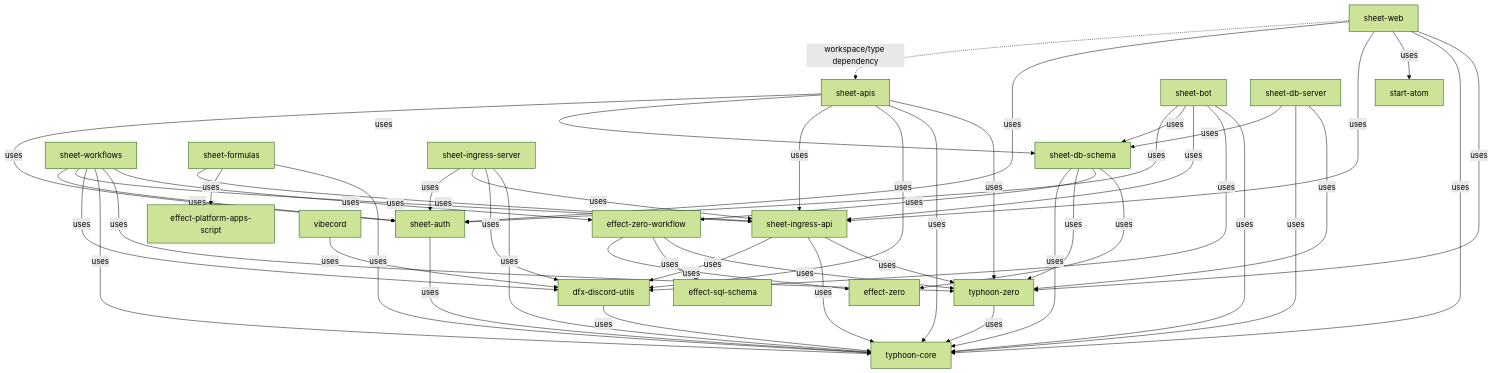
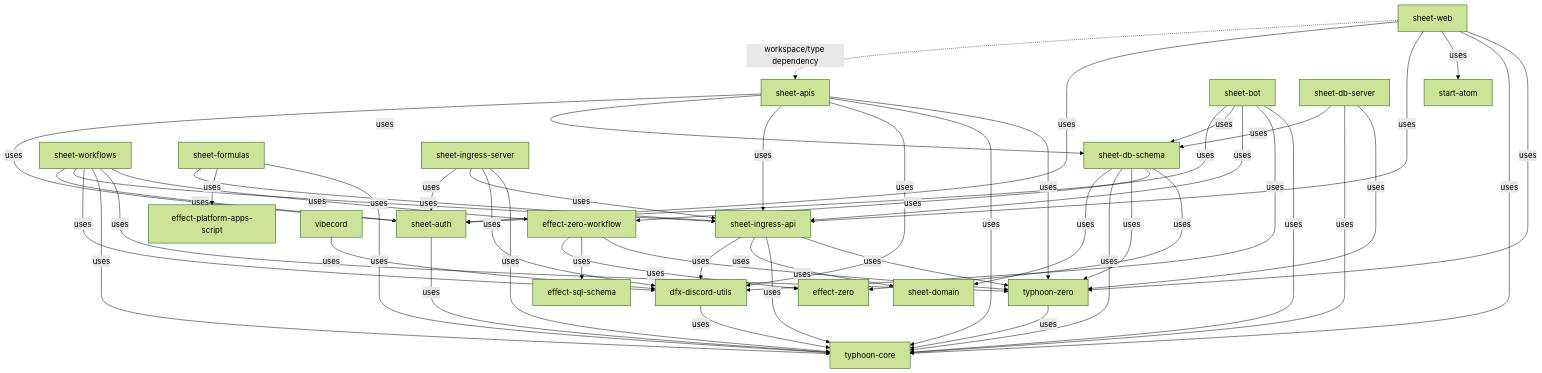
One commit to tiara-stack/tiara-stack changed the third of 3 diagrams in README.md. Above: the diagram before and after it, drawn with Mermaid (forest theme). The commit also changed other lines of this file and 24 other files, not shown here.

First line of the commit message:
refactor(sheet-domain): rename shared domain package (#664)

````diff
--- a/README.md
+++ b/README.md
@@ -418,64 +420,66 @@
 ```mermaid
 graph TD
     %% sheet-web runtime HTTP calls go through sheet-ingress-server;
     %% sheet-apis remains a direct workspace dependency for shared API types.
     Web[sheet-web] -.->|workspace/type dependency| APIs[sheet-apis]
     Web -->|uses| Auth[sheet-auth]
     Web -->|uses| IngressAPI[sheet-ingress-api]
     Web -->|uses| Atom[start-atom]
     Web -->|uses| Core[typhoon-core]
     Web -->|uses| Zero[typhoon-zero]
 
     APIs -->|uses| Auth
     APIs -->|uses| Schema[sheet-db-schema]
     APIs -->|uses| IngressAPI
     APIs -->|uses| DFX[dfx-discord-utils]
     APIs -->|uses| Core
     APIs -->|uses| Zero
 
     Workflows[sheet-workflows] -->|uses| Auth
     Workflows -->|uses| IngressAPI
     Workflows -->|uses| DFX
     Workflows -->|uses| Core
     Workflows -->|uses| Zero
     Workflows -->|uses| ZeroWorkflow[effect-zero-workflow]
 
     Bot[sheet-bot] -->|uses| Auth
     Bot -->|uses| Schema
     Bot -->|uses| IngressAPI
     Bot -->|uses| DFX
     Bot -->|uses| Core
 
     Auth -->|uses| Core
 
     Formulas[sheet-formulas] -->|uses| IngressAPI
     Formulas -->|uses| GAS[effect-platform-apps-script]
     Formulas -->|uses| Core
 
     IngressServer[sheet-ingress-server] -->|uses| Auth
     IngressServer -->|uses| IngressAPI
     IngressServer -->|uses| DFX
     IngressServer -->|uses| Core
 
     IngressAPI -->|uses| DFX
+    IngressAPI -->|uses| Domain[sheet-domain]
     IngressAPI -->|uses| Core
     IngressAPI -->|uses| Zero
 
     DB[sheet-db-server] -->|uses| Schema
     DB -->|uses| Core
     DB -->|uses| Zero
 
+    Schema -->|uses| Domain
     Schema -->|uses| Core
     Schema -->|uses| Zero
     Schema -->|uses| ZeroWorkflow
     Schema -->|uses| EffectZero
 
     ZeroWorkflow -->|uses| EffectZero[effect-zero]
     ZeroWorkflow -->|uses| EffectSqlSchema[effect-sql-schema]
     ZeroWorkflow -->|uses| Zero
 
     VibeCord[vibecord] -->|uses| DFX
 
     DFX -->|uses| Core
     Zero -->|uses| Core
 ```
````
